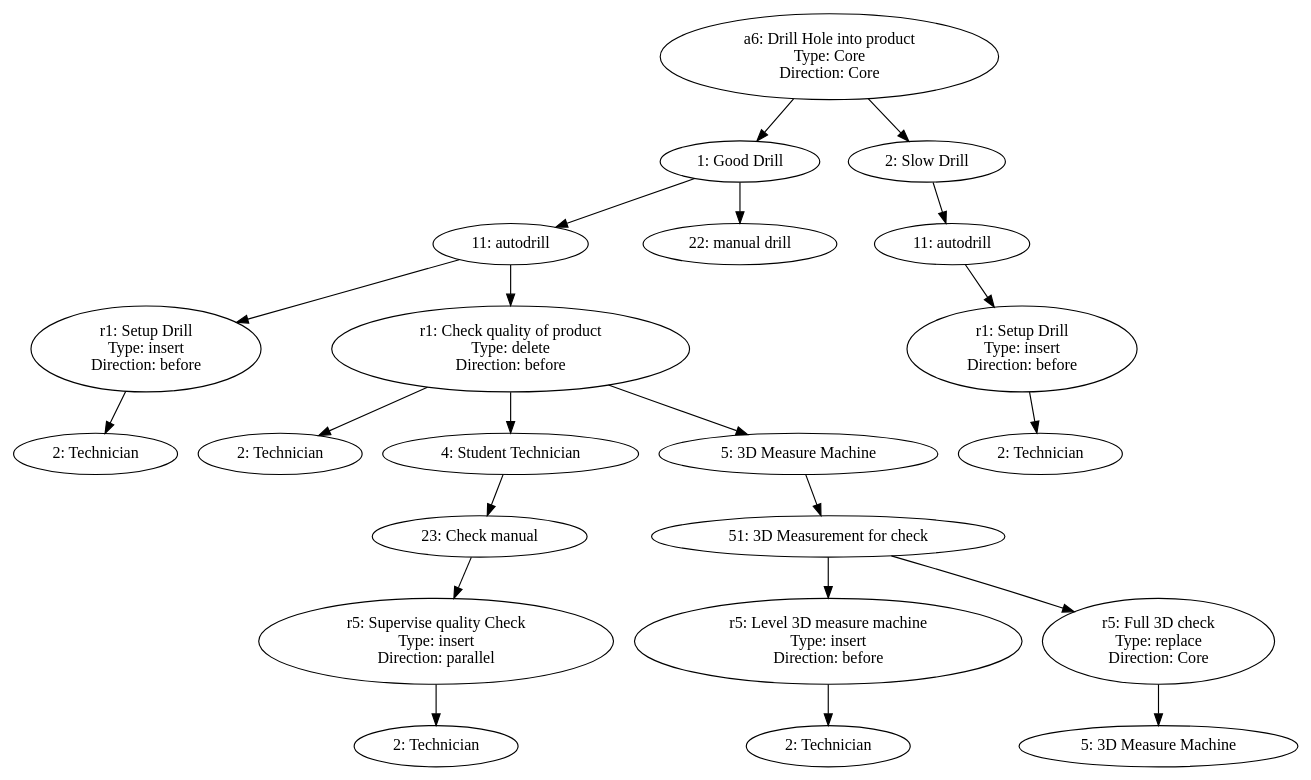
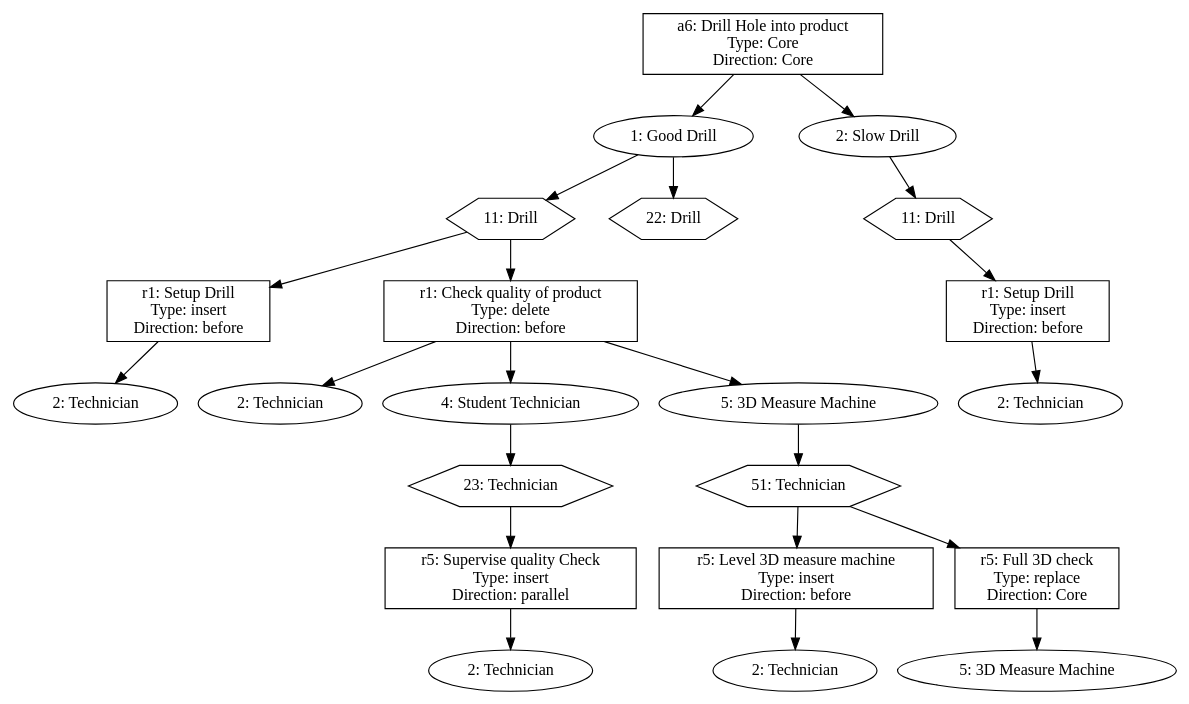
One commit to Schlixmann/RA-RPST-Allocation changed the diagram in call_tree.dot. Above: the diagram before and after it, drawn with Graphviz. The commit also changed 3 other files, not shown here.

```diff
--- a/call_tree.dot
+++ b/call_tree.dot
@@ -1,59 +1,59 @@
 digraph CallTree {
-	"897b1664-90f0-11ee-9090-04cf4b795879" [label = "a6: Drill Hole into product 
+	"21d8d3b4-9101-11ee-9dc2-04cf4b795879" [label = "a6: Drill Hole into product 
  Type: Core 
- Direction: Core"]	; 
-	"897b21ea-90f0-11ee-9090-04cf4b795879" [label = "1: Good Drill"]	; 
-	"897b1664-90f0-11ee-9090-04cf4b795879" -> "897b21ea-90f0-11ee-9090-04cf4b795879"	 ;
-	"897b235c-90f0-11ee-9090-04cf4b795879" [label = "11: autodrill"]	; 
-	"897b21ea-90f0-11ee-9090-04cf4b795879" -> "897b235c-90f0-11ee-9090-04cf4b795879"	 ;
-	"897b2438-90f0-11ee-9090-04cf4b795879" [label = "r1: Setup Drill 
+ Direction: Core" shape=rectangle]	; 
+	"21d8f4a2-9101-11ee-9dc2-04cf4b795879" [label = "1: Good Drill"]	; 
+	"21d8d3b4-9101-11ee-9dc2-04cf4b795879" -> "21d8f4a2-9101-11ee-9dc2-04cf4b795879"	 ;
+	"21d8faf6-9101-11ee-9dc2-04cf4b795879" [label = "11: Drill" shape=polygon sides=6]	; 
+	"21d8f4a2-9101-11ee-9dc2-04cf4b795879" -> "21d8faf6-9101-11ee-9dc2-04cf4b795879"	 ;
+	"21d8ff1a-9101-11ee-9dc2-04cf4b795879" [label = "r1: Setup Drill 
  Type: insert 
- Direction: before"]	; 
-	"897b235c-90f0-11ee-9090-04cf4b795879" -> "897b2438-90f0-11ee-9090-04cf4b795879"	 ;
-	"897b26c2-90f0-11ee-9090-04cf4b795879" [label = "2: Technician"]	; 
-	"897b2438-90f0-11ee-9090-04cf4b795879" -> "897b26c2-90f0-11ee-9090-04cf4b795879"	 ;
-	"897b27da-90f0-11ee-9090-04cf4b795879" [label = "r1: Check quality of product 
+ Direction: before" shape=rectangle]	; 
+	"21d8faf6-9101-11ee-9dc2-04cf4b795879" -> "21d8ff1a-9101-11ee-9dc2-04cf4b795879"	 ;
+	"21d90910-9101-11ee-9dc2-04cf4b795879" [label = "2: Technician"]	; 
+	"21d8ff1a-9101-11ee-9dc2-04cf4b795879" -> "21d90910-9101-11ee-9dc2-04cf4b795879"	 ;
+	"21d90dd4-9101-11ee-9dc2-04cf4b795879" [label = "r1: Check quality of product 
  Type: delete 
- Direction: before"]	; 
-	"897b235c-90f0-11ee-9090-04cf4b795879" -> "897b27da-90f0-11ee-9090-04cf4b795879"	 ;
-	"897b2c4e-90f0-11ee-9090-04cf4b795879" [label = "2: Technician"]	; 
-	"897b27da-90f0-11ee-9090-04cf4b795879" -> "897b2c4e-90f0-11ee-9090-04cf4b795879"	 ;
-	"897b2d3e-90f0-11ee-9090-04cf4b795879" [label = "4: Student Technician"]	; 
-	"897b27da-90f0-11ee-9090-04cf4b795879" -> "897b2d3e-90f0-11ee-9090-04cf4b795879"	 ;
-	"897b2e60-90f0-11ee-9090-04cf4b795879" [label = "23: Check manual"]	; 
-	"897b2d3e-90f0-11ee-9090-04cf4b795879" -> "897b2e60-90f0-11ee-9090-04cf4b795879"	 ;
-	"897b2f28-90f0-11ee-9090-04cf4b795879" [label = "r5: Supervise quality Check 
+ Direction: before" shape=rectangle]	; 
+	"21d8faf6-9101-11ee-9dc2-04cf4b795879" -> "21d90dd4-9101-11ee-9dc2-04cf4b795879"	 ;
+	"21d91bee-9101-11ee-9dc2-04cf4b795879" [label = "2: Technician"]	; 
+	"21d90dd4-9101-11ee-9dc2-04cf4b795879" -> "21d91bee-9101-11ee-9dc2-04cf4b795879"	 ;
+	"21d92148-9101-11ee-9dc2-04cf4b795879" [label = "4: Student Technician"]	; 
+	"21d90dd4-9101-11ee-9dc2-04cf4b795879" -> "21d92148-9101-11ee-9dc2-04cf4b795879"	 ;
+	"21d926b6-9101-11ee-9dc2-04cf4b795879" [label = "23: Technician" shape=polygon sides=6]	; 
+	"21d92148-9101-11ee-9dc2-04cf4b795879" -> "21d926b6-9101-11ee-9dc2-04cf4b795879"	 ;
+	"21d92a6c-9101-11ee-9dc2-04cf4b795879" [label = "r5: Supervise quality Check 
  Type: insert 
- Direction: parallel"]	; 
-	"897b2e60-90f0-11ee-9090-04cf4b795879" -> "897b2f28-90f0-11ee-9090-04cf4b795879"	 ;
-	"897b31c6-90f0-11ee-9090-04cf4b795879" [label = "2: Technician"]	; 
-	"897b2f28-90f0-11ee-9090-04cf4b795879" -> "897b31c6-90f0-11ee-9090-04cf4b795879"	 ;
-	"897b3306-90f0-11ee-9090-04cf4b795879" [label = "5: 3D Measure Machine"]	; 
-	"897b27da-90f0-11ee-9090-04cf4b795879" -> "897b3306-90f0-11ee-9090-04cf4b795879"	 ;
-	"897b3428-90f0-11ee-9090-04cf4b795879" [label = "51: 3D Measurement for check"]	; 
-	"897b3306-90f0-11ee-9090-04cf4b795879" -> "897b3428-90f0-11ee-9090-04cf4b795879"	 ;
-	"897b34e6-90f0-11ee-9090-04cf4b795879" [label = "r5: Level 3D measure machine 
+ Direction: parallel" shape=rectangle]	; 
+	"21d926b6-9101-11ee-9dc2-04cf4b795879" -> "21d92a6c-9101-11ee-9dc2-04cf4b795879"	 ;
+	"21d9344e-9101-11ee-9dc2-04cf4b795879" [label = "2: Technician"]	; 
+	"21d92a6c-9101-11ee-9dc2-04cf4b795879" -> "21d9344e-9101-11ee-9dc2-04cf4b795879"	 ;
+	"21d93926-9101-11ee-9dc2-04cf4b795879" [label = "5: 3D Measure Machine"]	; 
+	"21d90dd4-9101-11ee-9dc2-04cf4b795879" -> "21d93926-9101-11ee-9dc2-04cf4b795879"	 ;
+	"21d93d7c-9101-11ee-9dc2-04cf4b795879" [label = "51: Technician" shape=polygon sides=6]	; 
+	"21d93926-9101-11ee-9dc2-04cf4b795879" -> "21d93d7c-9101-11ee-9dc2-04cf4b795879"	 ;
+	"21d94060-9101-11ee-9dc2-04cf4b795879" [label = "r5: Level 3D measure machine 
  Type: insert 
- Direction: before"]	; 
-	"897b3428-90f0-11ee-9090-04cf4b795879" -> "897b34e6-90f0-11ee-9090-04cf4b795879"	 ;
-	"897b36f8-90f0-11ee-9090-04cf4b795879" [label = "2: Technician"]	; 
-	"897b34e6-90f0-11ee-9090-04cf4b795879" -> "897b36f8-90f0-11ee-9090-04cf4b795879"	 ;
-	"897b37ca-90f0-11ee-9090-04cf4b795879" [label = "r5: Full 3D check 
+ Direction: before" shape=rectangle]	; 
+	"21d93d7c-9101-11ee-9dc2-04cf4b795879" -> "21d94060-9101-11ee-9dc2-04cf4b795879"	 ;
+	"21d949a2-9101-11ee-9dc2-04cf4b795879" [label = "2: Technician"]	; 
+	"21d94060-9101-11ee-9dc2-04cf4b795879" -> "21d949a2-9101-11ee-9dc2-04cf4b795879"	 ;
+	"21d94d9e-9101-11ee-9dc2-04cf4b795879" [label = "r5: Full 3D check 
  Type: replace 
- Direction: Core"]	; 
-	"897b3428-90f0-11ee-9090-04cf4b795879" -> "897b37ca-90f0-11ee-9090-04cf4b795879"	 ;
-	"897b39fa-90f0-11ee-9090-04cf4b795879" [label = "5: 3D Measure Machine"]	; 
-	"897b37ca-90f0-11ee-9090-04cf4b795879" -> "897b39fa-90f0-11ee-9090-04cf4b795879"	 ;
-	"897b3b12-90f0-11ee-9090-04cf4b795879" [label = "22: manual drill"]	; 
-	"897b21ea-90f0-11ee-9090-04cf4b795879" -> "897b3b12-90f0-11ee-9090-04cf4b795879"	 ;
-	"897b3c20-90f0-11ee-9090-04cf4b795879" [label = "2: Slow Drill"]	; 
-	"897b1664-90f0-11ee-9090-04cf4b795879" -> "897b3c20-90f0-11ee-9090-04cf4b795879"	 ;
-	"897b3d60-90f0-11ee-9090-04cf4b795879" [label = "11: autodrill"]	; 
-	"897b3c20-90f0-11ee-9090-04cf4b795879" -> "897b3d60-90f0-11ee-9090-04cf4b795879"	 ;
-	"897b3e00-90f0-11ee-9090-04cf4b795879" [label = "r1: Setup Drill 
+ Direction: Core" shape=rectangle]	; 
+	"21d93d7c-9101-11ee-9dc2-04cf4b795879" -> "21d94d9e-9101-11ee-9dc2-04cf4b795879"	 ;
+	"21d956c2-9101-11ee-9dc2-04cf4b795879" [label = "5: 3D Measure Machine"]	; 
+	"21d94d9e-9101-11ee-9dc2-04cf4b795879" -> "21d956c2-9101-11ee-9dc2-04cf4b795879"	 ;
+	"21d95b54-9101-11ee-9dc2-04cf4b795879" [label = "22: Drill" shape=polygon sides=6]	; 
+	"21d8f4a2-9101-11ee-9dc2-04cf4b795879" -> "21d95b54-9101-11ee-9dc2-04cf4b795879"	 ;
+	"21d95f00-9101-11ee-9dc2-04cf4b795879" [label = "2: Slow Drill"]	; 
+	"21d8d3b4-9101-11ee-9dc2-04cf4b795879" -> "21d95f00-9101-11ee-9dc2-04cf4b795879"	 ;
+	"21d962a2-9101-11ee-9dc2-04cf4b795879" [label = "11: Drill" shape=polygon sides=6]	; 
+	"21d95f00-9101-11ee-9dc2-04cf4b795879" -> "21d962a2-9101-11ee-9dc2-04cf4b795879"	 ;
+	"21d9652c-9101-11ee-9dc2-04cf4b795879" [label = "r1: Setup Drill 
  Type: insert 
- Direction: before"]	; 
-	"897b3d60-90f0-11ee-9090-04cf4b795879" -> "897b3e00-90f0-11ee-9090-04cf4b795879"	 ;
-	"897b3fcc-90f0-11ee-9090-04cf4b795879" [label = "2: Technician"]	; 
-	"897b3e00-90f0-11ee-9090-04cf4b795879" -> "897b3fcc-90f0-11ee-9090-04cf4b795879"	 ;
+ Direction: before" shape=rectangle]	; 
+	"21d962a2-9101-11ee-9dc2-04cf4b795879" -> "21d9652c-9101-11ee-9dc2-04cf4b795879"	 ;
+	"21d96d9c-9101-11ee-9dc2-04cf4b795879" [label = "2: Technician"]	; 
+	"21d9652c-9101-11ee-9dc2-04cf4b795879" -> "21d96d9c-9101-11ee-9dc2-04cf4b795879"	 ;
 }
```
